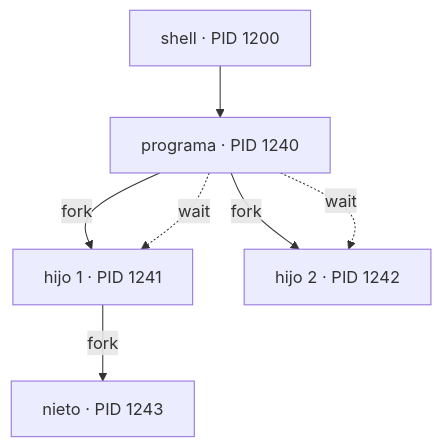
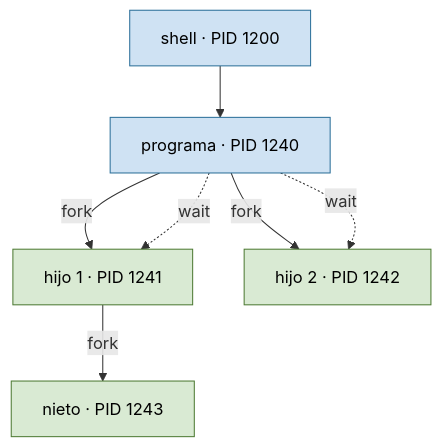
One commit to asiermarzo/ssoo changed the seventh of 8 diagrams in TEORIA/03-procesos-e-hilos/README.md. Above: the diagram before and after it, drawn with Mermaid. The commit also changed other lines of this file and 25 other files, not shown here.

Commit message:
refinado de diagramas mermaid y svg

````diff
--- a/TEORIA/03-procesos-e-hilos/README.md
+++ b/TEORIA/03-procesos-e-hilos/README.md
@@ -433,9 +488,14 @@
 ```mermaid
 flowchart TB
     S["shell · PID 1200"] --> A["programa · PID 1240"]
     A -->|fork| B["hijo 1 · PID 1241"]
     A -->|fork| C["hijo 2 · PID 1242"]
     B -->|fork| D["nieto · PID 1243"]
     A -. wait .-> B
     A -. wait .-> C
+
+    classDef existente fill:#cfe2f3,stroke:#2b6f99,color:#000;
+    classDef creado fill:#d9ead3,stroke:#4d7a33,color:#000;
+    class S,A existente;
+    class B,C,D creado;
 ```
````
